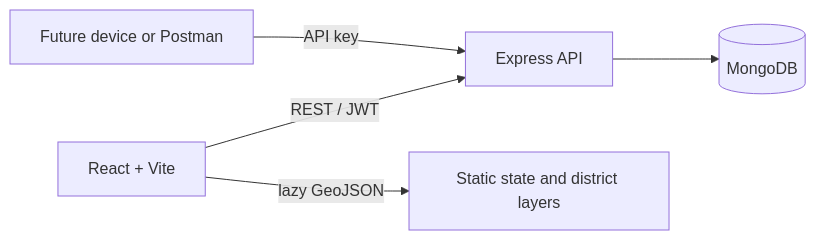
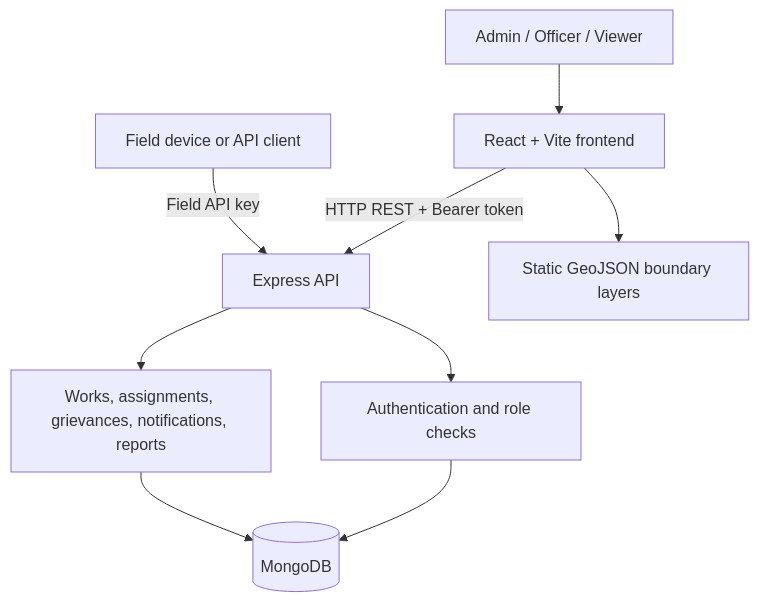
One commit to kundankr93/VB-G-RAM-G changed the diagram in README.md. Above: the diagram before and after it, drawn with Mermaid. The commit also changed other lines of this file, not shown here.

````diff
--- a/README.md
+++ b/README.md
@@ -7,7 +126,11 @@
-```mermaid
-flowchart LR
-  Browser[React + Vite] -->|REST / JWT| API[Express API]
-  Browser -->|lazy GeoJSON| Boundaries[Static state and district layers]
-  API --> Mongo[(MongoDB)]
-  Device[Future device or Postman] -->|API key| API
+``` mermaid
+flowchart TD
+    U[Admin / Officer / Viewer] --> FE[React + Vite frontend]
+    FE -->|HTTP REST + Bearer token| API[Express API]
+    API --> AUTH[Authentication and role checks]
+    AUTH --> DB[(MongoDB)]
+    FE --> GEO[Static GeoJSON boundary layers]
+    API --> OPS[Works, assignments, grievances, notifications, reports]
+    OPS --> DB
+    DEVICE[Field device or API client] -->|Field API key| API
 ```
````
